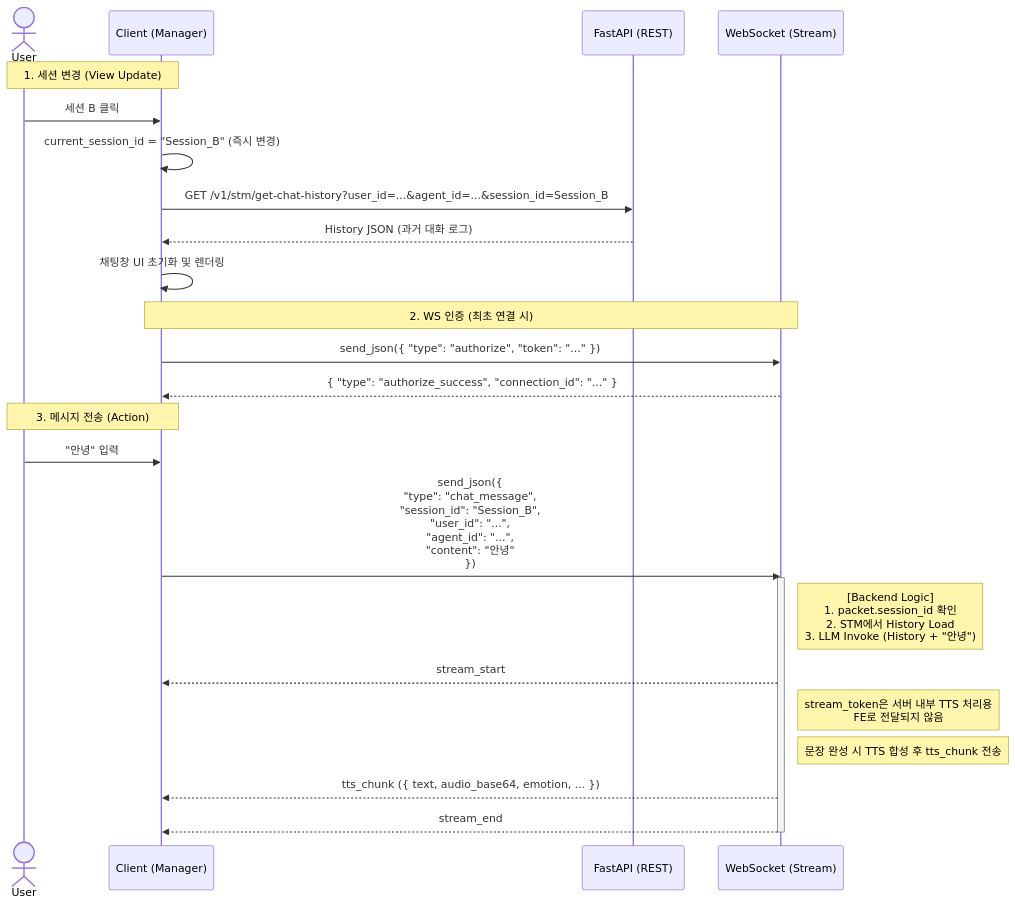
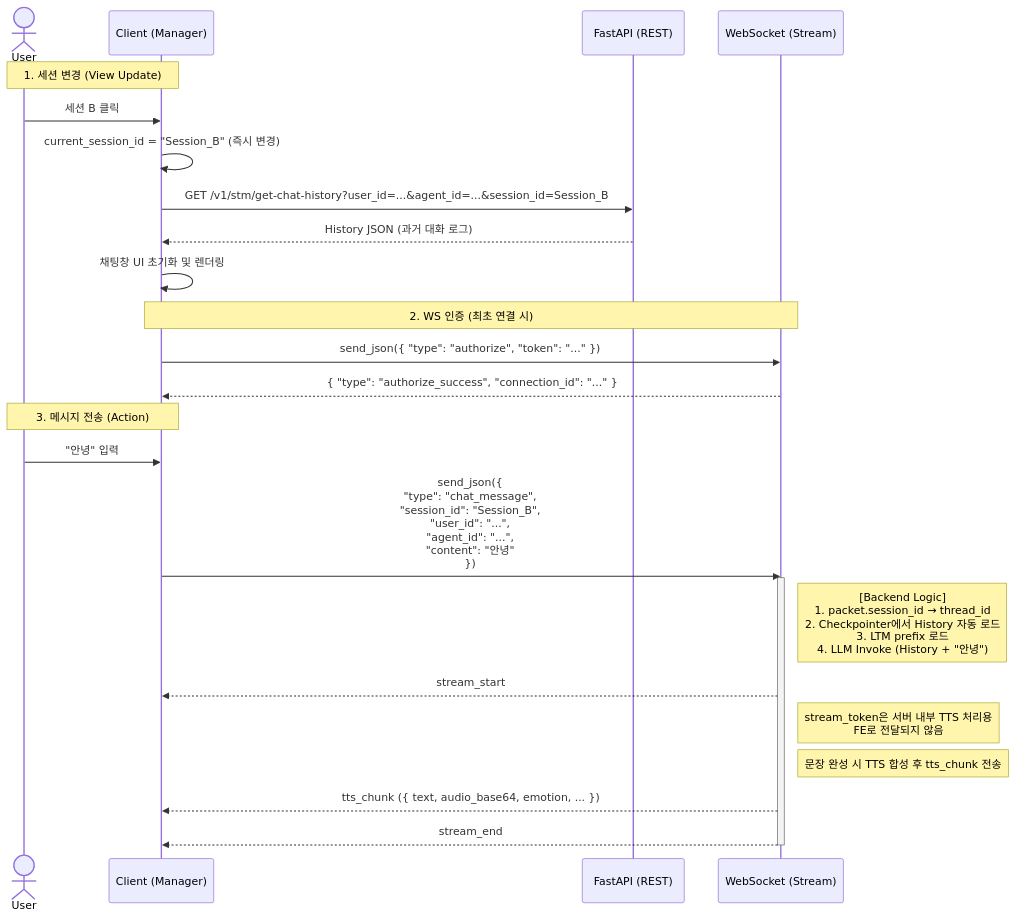
The diagram in docs/data_flow/session/SWITCH_SESSION.md (yw0nam/DesktopMatePlus), drawn with Mermaid before and after one commit. The commit also changed 5 other files, not shown here.

````diff
--- a/docs/data_flow/session/SWITCH_SESSION.md
+++ b/docs/data_flow/session/SWITCH_SESSION.md
@@ -5,32 +5,32 @@
 ```mermaid
 sequenceDiagram
     actor User as User
     participant FE as Client (Manager)
     participant BE_API as FastAPI (REST)
     participant BE_WS as WebSocket (Stream)
 
     Note over User, FE: 1. 세션 변경 (View Update)
     User->>FE: 세션 B 클릭
     FE->>FE: current_session_id = "Session_B" (즉시 변경)
     FE->>BE_API: GET /v1/stm/get-chat-history?user_id=...&agent_id=...&session_id=Session_B
     BE_API-->>FE: History JSON (과거 대화 로그)
     FE->>FE: 채팅창 UI 초기화 및 렌더링
 
     Note over FE, BE_WS: 2. WS 인증 (최초 연결 시)
     FE->>BE_WS: send_json({ "type": "authorize", "token": "..." })
     BE_WS-->>FE: { "type": "authorize_success", "connection_id": "..." }
 
     Note over User, FE: 3. 메시지 전송 (Action)
     User->>FE: "안녕" 입력
     FE->>BE_WS: send_json({<br/> "type": "chat_message",<br/> "session_id": "Session_B",<br/> "user_id": "...",<br/> "agent_id": "...",<br/> "content": "안녕"<br/>})
 
     activate BE_WS
-    Note right of BE_WS: [Backend Logic]<br>1. packet.session_id 확인<br>2. STM에서 History Load<br>3. LLM Invoke (History + "안녕")
+    Note right of BE_WS: [Backend Logic]<br>1. packet.session_id → thread_id<br>2. Checkpointer에서 History 자동 로드<br>3. LTM prefix 로드<br>4. LLM Invoke (History + "안녕")
 
     BE_WS-->>FE: stream_start
     Note right of BE_WS: stream_token은 서버 내부 TTS 처리용<br>FE로 전달되지 않음
     Note right of BE_WS: 문장 완성 시 TTS 합성 후 tts_chunk 전송
     BE_WS-->>FE: tts_chunk ({ text, audio_base64, emotion, ... })
     BE_WS-->>FE: stream_end
     deactivate BE_WS
 ```
````
